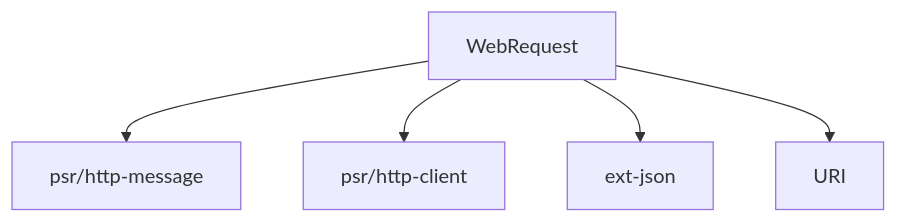
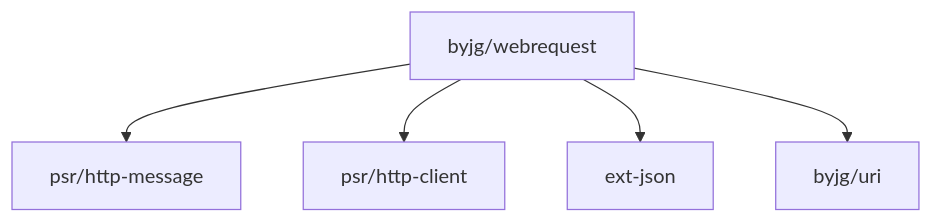
One commit to byjg/php-webrequest changed the diagram in README.md. Above: the diagram before and after it, drawn with Mermaid.

Commit message:
Add Dependencies

````diff
--- a/README.md
+++ b/README.md
@@ -260,7 +260,7 @@
 ```mermaid
 flowchart TD
-    WebRequest --> psr/http-message
-    WebRequest --> psr/http-client
-    WebRequest --> ext-json
-    WebRequest --> URI
+    byjg/webrequest --> psr/http-message
+    byjg/webrequest --> psr/http-client
+    byjg/webrequest --> ext-json
+    byjg/webrequest --> byjg/uri
 ```
````
